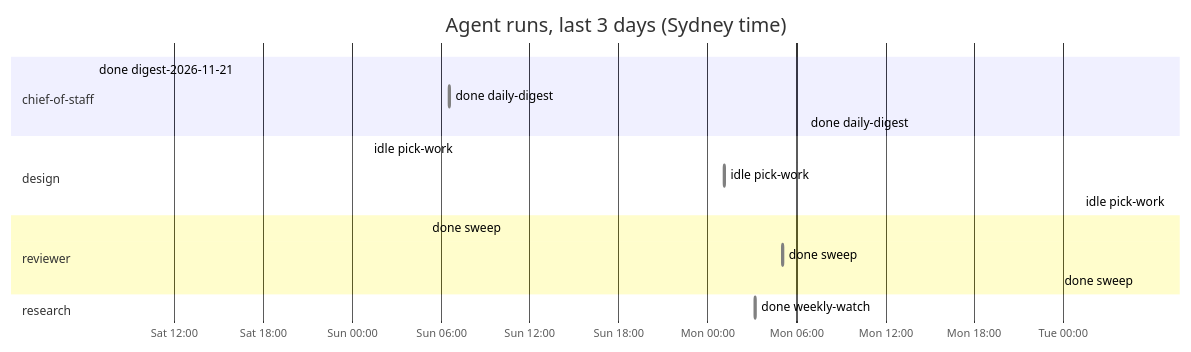
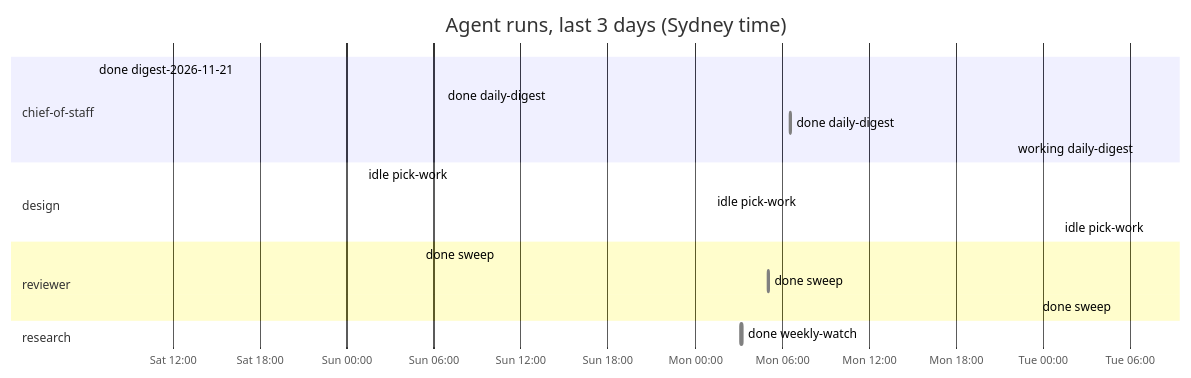
Before and after one commit to roulmediateam-byte/fifteen-expert-hq: the diagram in dashboard.md, drawn with Mermaid. The commit also changed other lines of this file and 1 other file, not shown here.

````diff
--- a/dashboard.md
+++ b/dashboard.md
@@ -51,20 +51,21 @@
 ```mermaid
 gantt
     title Agent runs, last 3 days (Sydney time)
     dateFormat YYYY-MM-DD HH:mm
     axisFormat %a %H:%M
     section chief-of-staff
     done digest-2026-11-21 :done, 2026-11-21 06:34, 2026-11-21 06:36
     done daily-digest :done, 2026-11-22 06:34, 2026-11-22 06:36
     done daily-digest :done, 2026-11-23 06:35, 2026-11-23 06:36
+    working daily-digest :active, 2026-11-24 06:35, 2026-11-24 06:35
     section design
     idle pick-work :done, 2026-11-22 01:08, 2026-11-22 01:08
     idle pick-work :done, 2026-11-23 01:08, 2026-11-23 01:09
     idle pick-work :done, 2026-11-24 01:09, 2026-11-24 01:09
     section reviewer
     done sweep :done, 2026-11-22 05:05, 2026-11-22 05:06
     done sweep :done, 2026-11-23 05:04, 2026-11-23 05:06
     done sweep :done, 2026-11-24 05:05, 2026-11-24 05:06
     section research
     done weekly-watch :done, 2026-11-23 03:10, 2026-11-23 03:17
 ```
````
